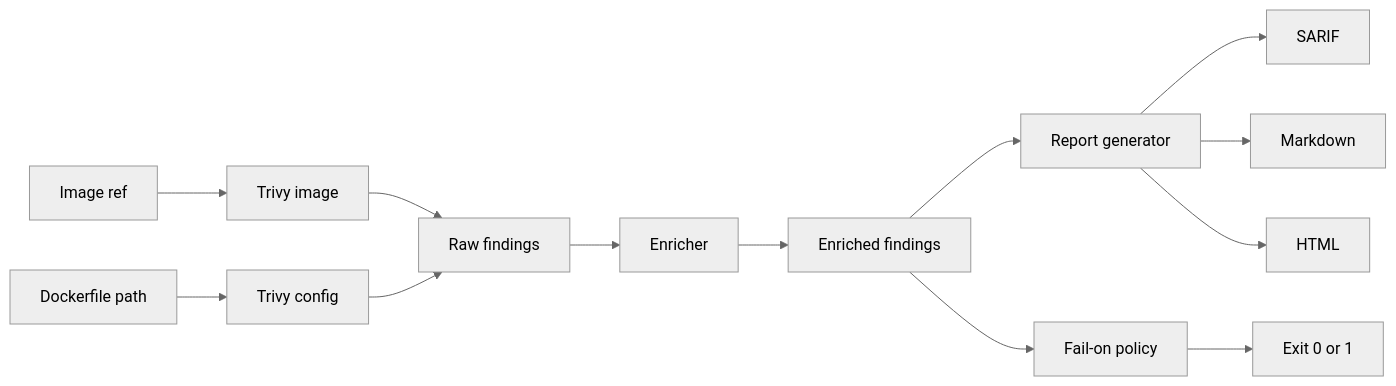
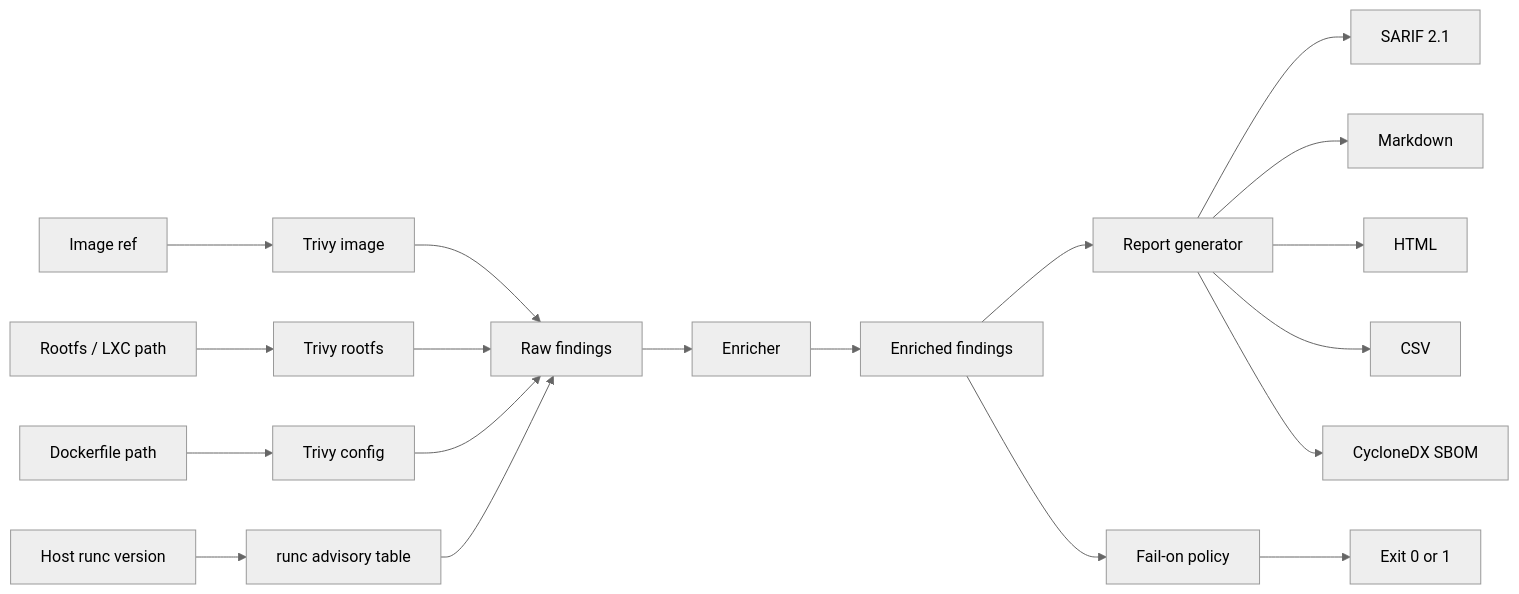
Before and after one commit to beejak/docker-scanner: the fourth of 7 diagrams in docs/architecture-diagrams.md, drawn with Mermaid (neutral theme). The commit also changed other lines of this file and 35 other files, not shown here.

````diff
--- a/docs/architecture-diagrams.md
+++ b/docs/architecture-diagrams.md
@@ -108,15 +169,21 @@
 ```mermaid
 flowchart LR
   A[Image ref] --> B[Trivy image]
+  B2[Rootfs / LXC path] --> B3[Trivy rootfs]
   C[Dockerfile path] --> D[Trivy config]
-  B --> E[Raw findings]
-  D --> E
-  E --> F[Enricher]
-  F --> G[Enriched findings]
-  G --> H[Report generator]
-  H --> I[SARIF]
-  H --> J[Markdown]
-  H --> K[HTML]
-  G --> L[Fail-on policy]
-  L --> M[Exit 0 or 1]
+  E[Host runc version] --> F[runc advisory table]
+  B --> G[Raw findings]
+  B3 --> G
+  D --> G
+  F --> G
+  G --> H[Enricher]
+  H --> I[Enriched findings]
+  I --> J[Report generator]
+  J --> K[SARIF 2.1]
+  J --> L[Markdown]
+  J --> M[HTML]
+  J --> N[CSV]
+  J --> O[CycloneDX SBOM]
+  I --> P[Fail-on policy]
+  P --> Q[Exit 0 or 1]
 ```
````
